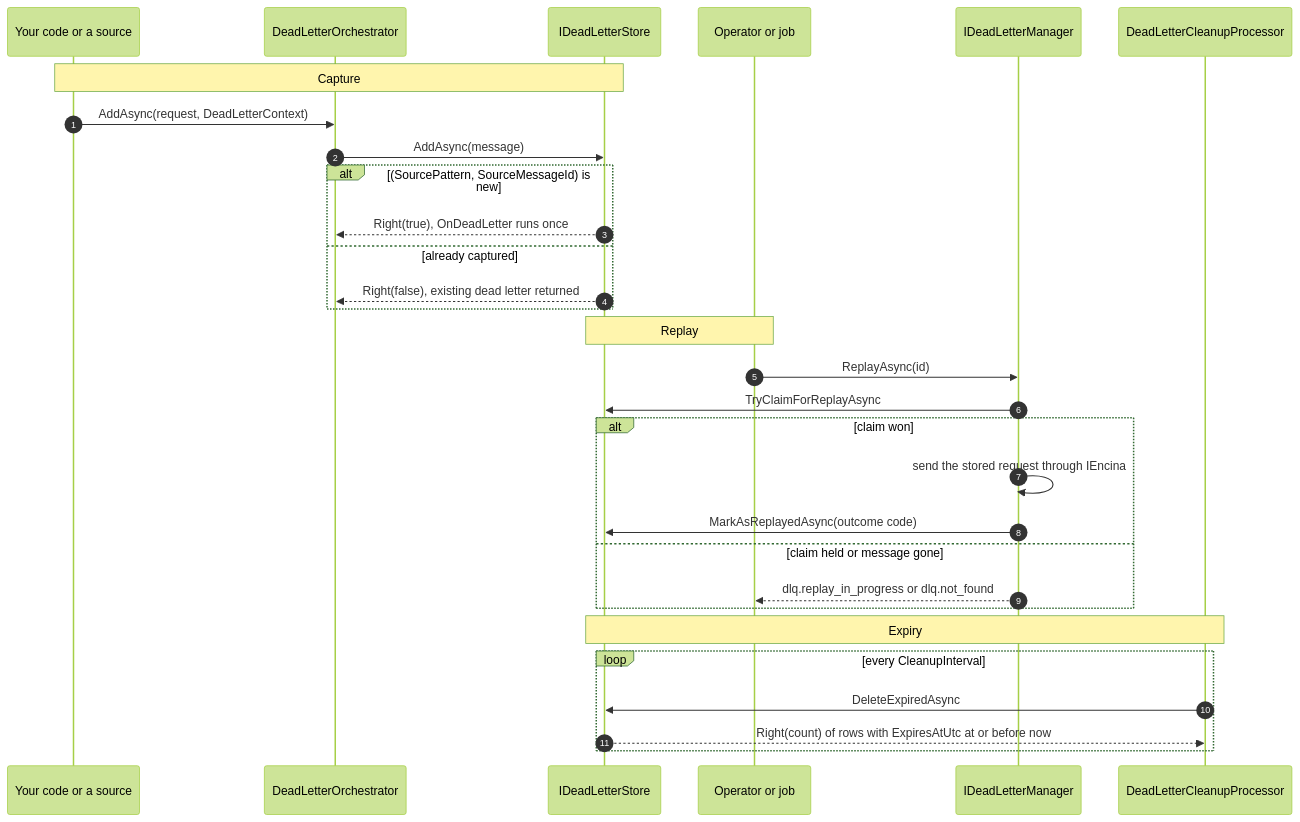
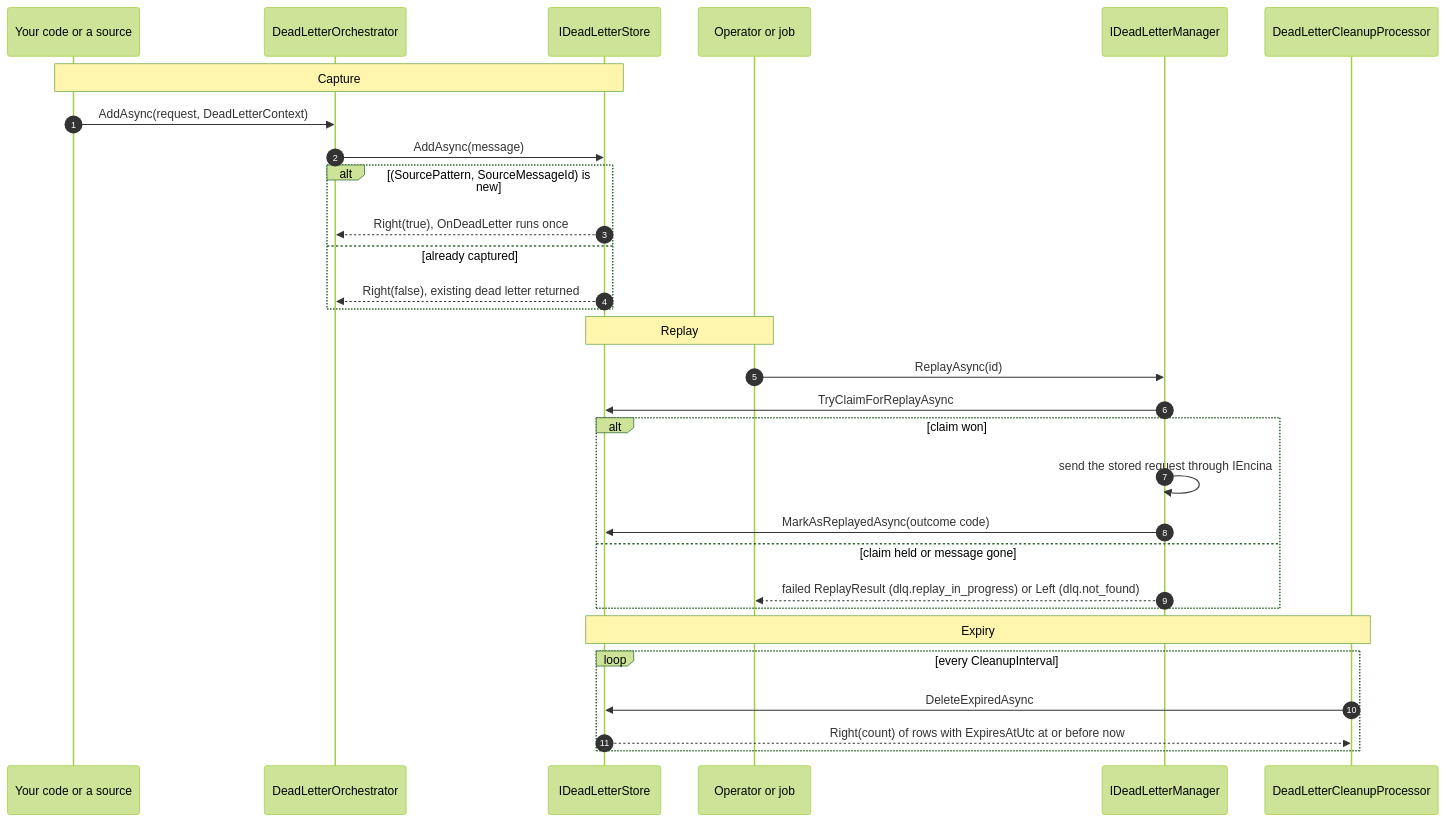
One commit to dlrivada/Encina changed the diagram in docs/features/dead-letter-queue.md. Above: the diagram before and after it, drawn with Mermaid (forest theme). The commit also changed other lines of this file and 2 other files, not shown here.

````diff
--- a/docs/features/dead-letter-queue.md
+++ b/docs/features/dead-letter-queue.md
@@ -15,35 +15,35 @@
 ```mermaid
 sequenceDiagram
     autonumber
     participant Src as Your code or a source
     participant Orc as DeadLetterOrchestrator
     participant Store as IDeadLetterStore
     participant Op as Operator or job
     participant Mgr as IDeadLetterManager
     participant Cln as DeadLetterCleanupProcessor
 
     Note over Src,Store: Capture
     Src->>Orc: AddAsync(request, DeadLetterContext)
     Orc->>Store: AddAsync(message)
     alt (SourcePattern, SourceMessageId) is new
         Store-->>Orc: Right(true), OnDeadLetter runs once
     else already captured
         Store-->>Orc: Right(false), existing dead letter returned
     end
 
     Note over Op,Store: Replay
     Op->>Mgr: ReplayAsync(id)
     Mgr->>Store: TryClaimForReplayAsync
     alt claim won
         Mgr->>Mgr: send the stored request through IEncina
         Mgr->>Store: MarkAsReplayedAsync(outcome code)
     else claim held or message gone
-        Mgr-->>Op: dlq.replay_in_progress or dlq.not_found
+        Mgr-->>Op: failed ReplayResult (dlq.replay_in_progress) or Left (dlq.not_found)
     end
 
     Note over Cln,Store: Expiry
     loop every CleanupInterval
         Cln->>Store: DeleteExpiredAsync
         Store-->>Cln: Right(count) of rows with ExpiresAtUtc at or before now
     end
 ```
````
